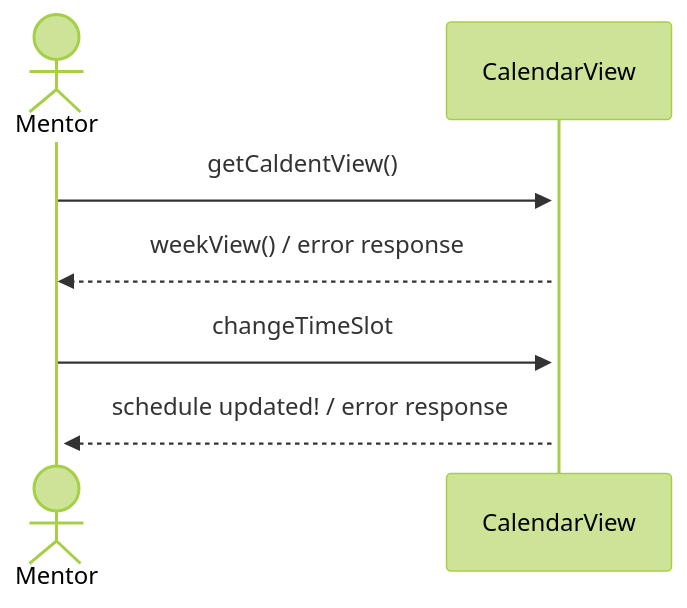
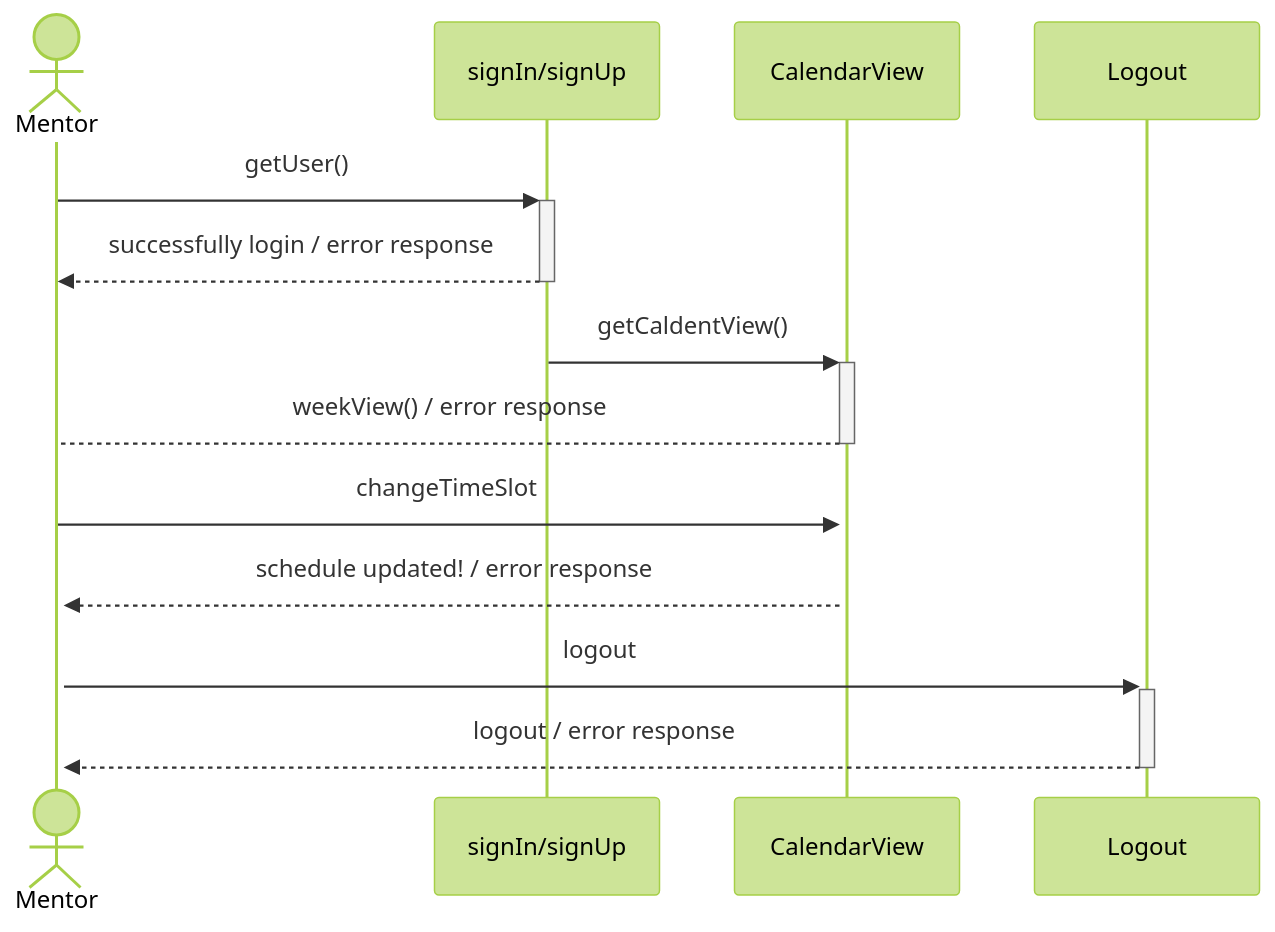
One commit to dinaolmelak/Scholars-Academy-Overview changed the third of 4 diagrams in README.md. Above: the diagram before and after it, drawn with Mermaid (forest theme). The commit also changed other lines of this file, not shown here.

Commit message:
added logout and login for mentor and admin diagram

````diff
--- a/README.md
+++ b/README.md
@@ -92,8 +96,12 @@
 ```mermaid 
 sequenceDiagram
     actor Mentor
-    Mentor->>+CalendarView: getCaldentView() 
-    CalendarView-->>Mentor: weekView() / error response
+    Mentor->>+signIn/signUp: getUser() 
+    signIn/signUp-->>-Mentor: successfully login / error response
+    signIn/signUp->>+CalendarView: getCaldentView() 
+    CalendarView-->-Mentor: weekView() / error response
     Mentor->>+CalendarView: changeTimeSlot   
     CalendarView-->>+Mentor: schedule updated! / error response
+    Mentor->>+Logout: logout 
+    Logout-->>-Mentor: logout / error response
 ```
````
